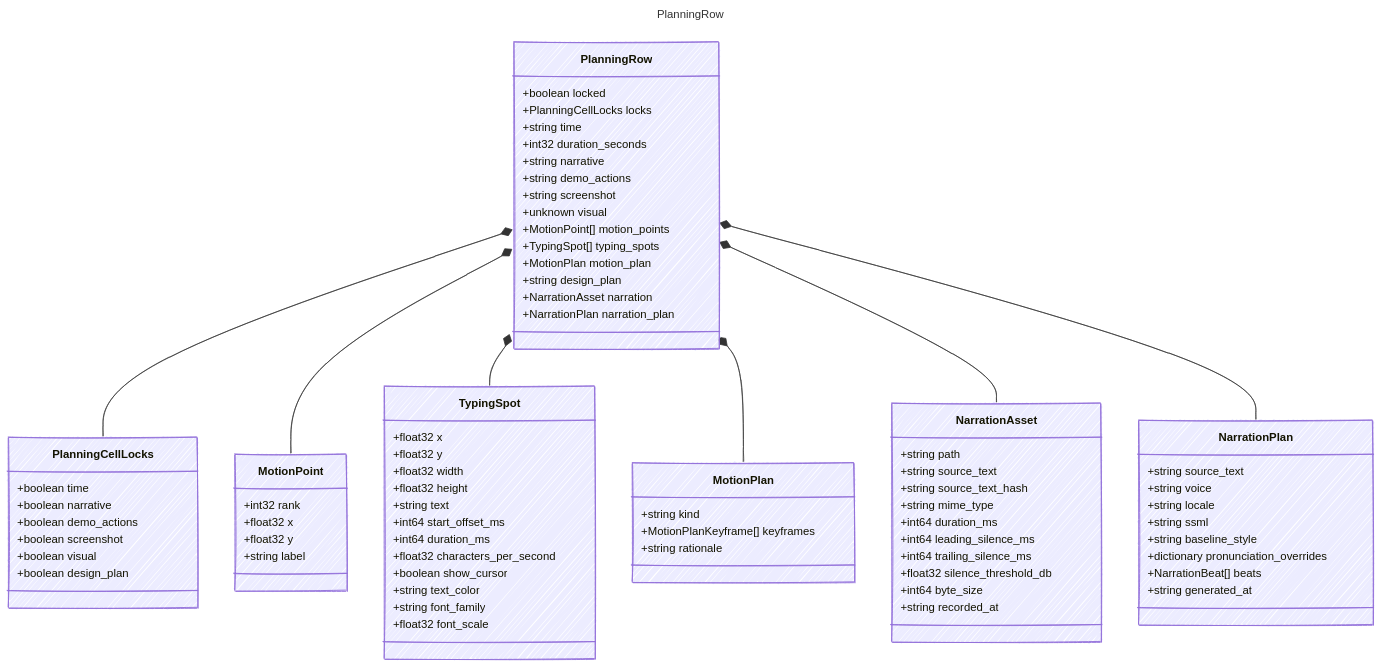
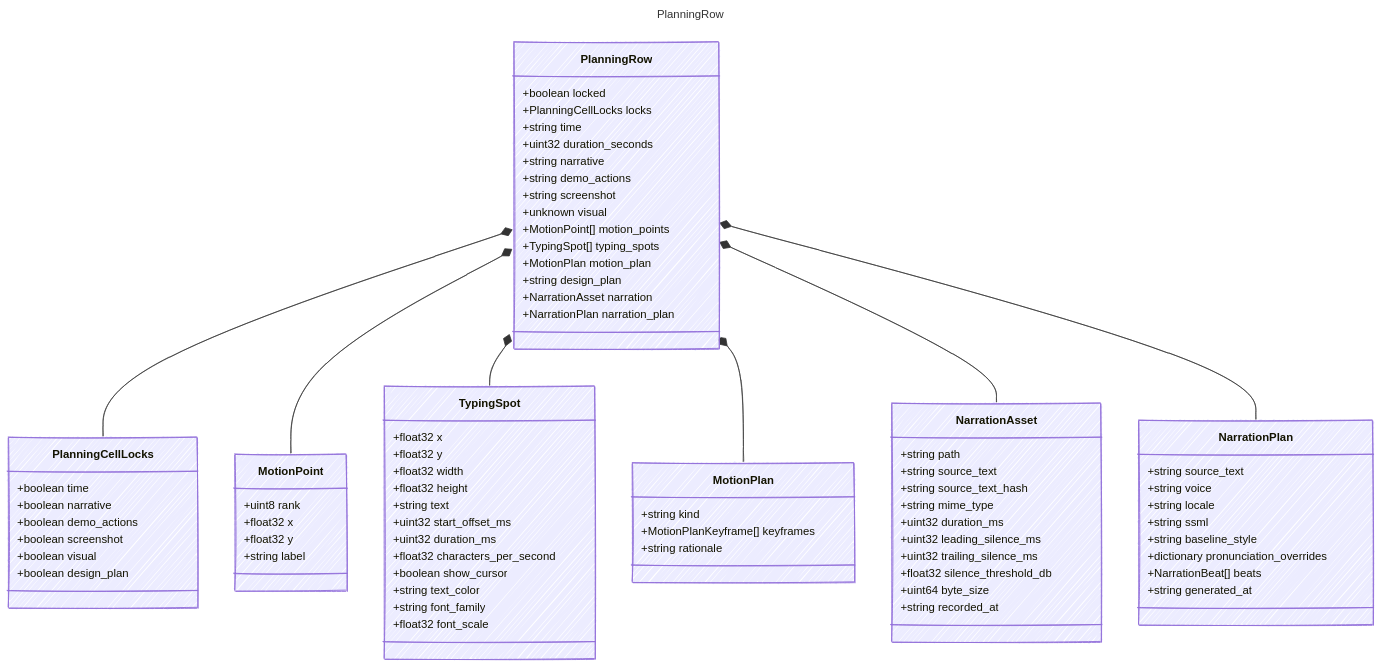
Before and after one commit to sethjuarez/cutready: the diagram in contracts/generated/markdown/PlanningRow.md, drawn with Mermaid. The commit also changed other lines of this file and 41 other files, not shown here.

```diff
--- a/contracts/generated/markdown/PlanningRow.md
+++ b/contracts/generated/markdown/PlanningRow.md
@@ -24,7 +24,7 @@
         +boolean locked
         +PlanningCellLocks locks
         +string time
-        +int32 duration_seconds
+        +uint32 duration_seconds
         +string narrative
         +string demo_actions
         +string screenshot
@@ -46,7 +46,7 @@
     }
     PlanningRow *-- PlanningCellLocks
     class MotionPoint {
-        +int32 rank
+        +uint8 rank
         +float32 x
         +float32 y
         +string label
@@ -58,8 +58,8 @@
         +float32 width
         +float32 height
         +string text
-        +int64 start_offset_ms
-        +int64 duration_ms
+        +uint32 start_offset_ms
+        +uint32 duration_ms
         +float32 characters_per_second
         +boolean show_cursor
         +string text_color
@@ -78,11 +78,11 @@
         +string source_text
         +string source_text_hash
         +string mime_type
-        +int64 duration_ms
-        +int64 leading_silence_ms
-        +int64 trailing_silence_ms
+        +uint32 duration_ms
+        +uint32 leading_silence_ms
+        +uint32 trailing_silence_ms
         +float32 silence_threshold_db
-        +int64 byte_size
+        +uint64 byte_size
         +string recorded_at
     }
     PlanningRow *-- NarrationAsset
```
